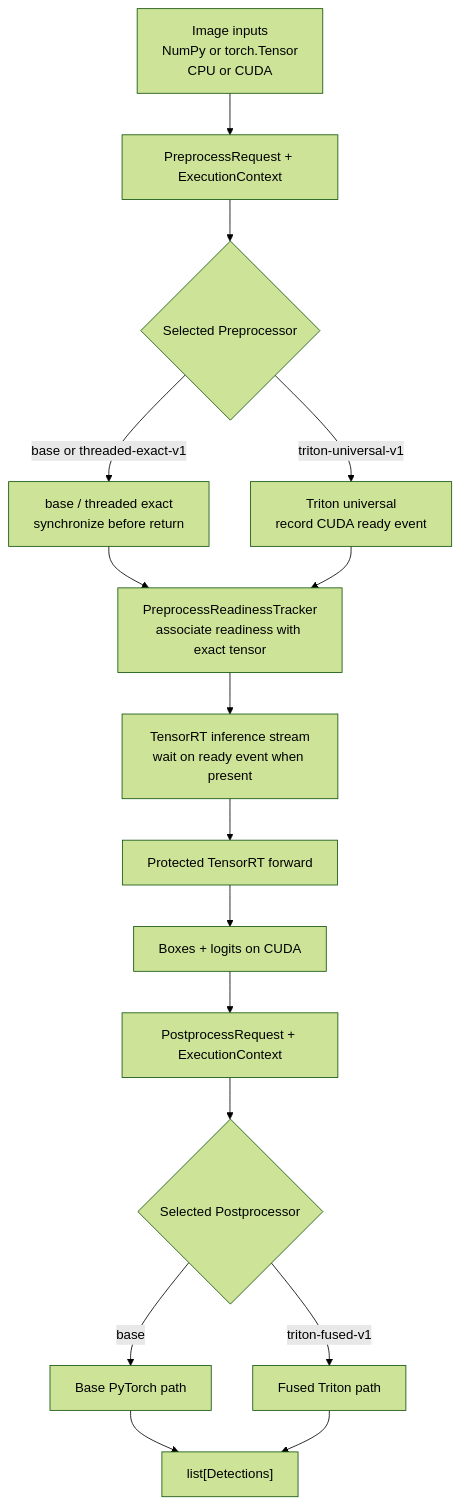
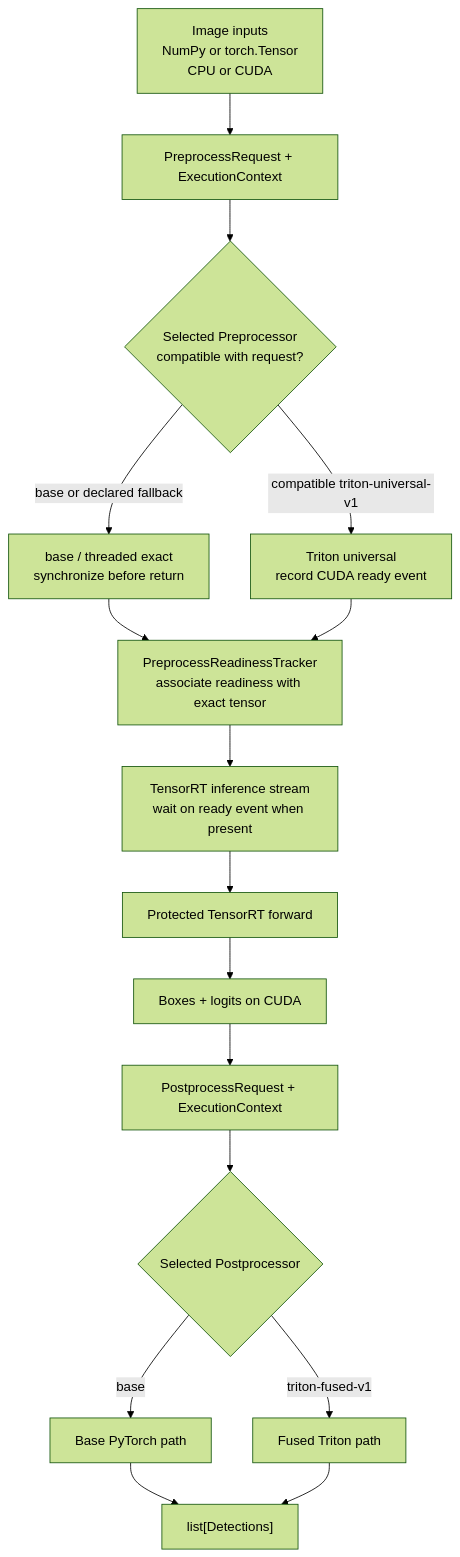
One commit to roboflow/inference changed the third of 3 diagrams in inference_models/docs/contributors/inference-path-optimization-architecture.md. Above: the diagram before and after it, drawn with Mermaid (forest theme). The commit also changed other lines of this file and 15 other files, not shown here.

First line of the commit message:
Enhance RF-DETR preprocessing architecture with compatibility checks and fallback mechanisms

````diff
--- a/inference_models/docs/contributors/inference-path-optimization-architecture.md
+++ b/inference_models/docs/contributors/inference-path-optimization-architecture.md
@@ -171,28 +175,28 @@
 ```mermaid
 flowchart TD
     inputs["Image inputs<br/>NumPy or torch.Tensor<br/>CPU or CUDA"]
     pre_request["PreprocessRequest + ExecutionContext"]
-    pre_selected{"Selected Preprocessor"}
+    pre_selected{"Selected Preprocessor<br/>compatible with request?"}
     pre_base["base / threaded exact<br/>synchronize before return"]
     pre_triton["Triton universal<br/>record CUDA ready event"]
     readiness["PreprocessReadinessTracker<br/>associate readiness with exact tensor"]
     wait["TensorRT inference stream<br/>wait on ready event when present"]
     forward["Protected TensorRT forward"]
     outputs["Boxes + logits on CUDA"]
     post_request["PostprocessRequest + ExecutionContext"]
     post_selected{"Selected Postprocessor"}
     post_base["Base PyTorch path"]
     post_triton["Fused Triton path"]
     detections["list[Detections]"]
 
     inputs --> pre_request --> pre_selected
-    pre_selected -->|base or threaded-exact-v1| pre_base
-    pre_selected -->|triton-universal-v1| pre_triton
+    pre_selected -->|base or declared fallback| pre_base
+    pre_selected -->|compatible triton-universal-v1| pre_triton
     pre_base --> readiness
     pre_triton --> readiness
     readiness --> wait --> forward --> outputs --> post_request --> post_selected
     post_selected -->|base| post_base
     post_selected -->|triton-fused-v1| post_triton
     post_base --> detections
     post_triton --> detections
 ```
````
